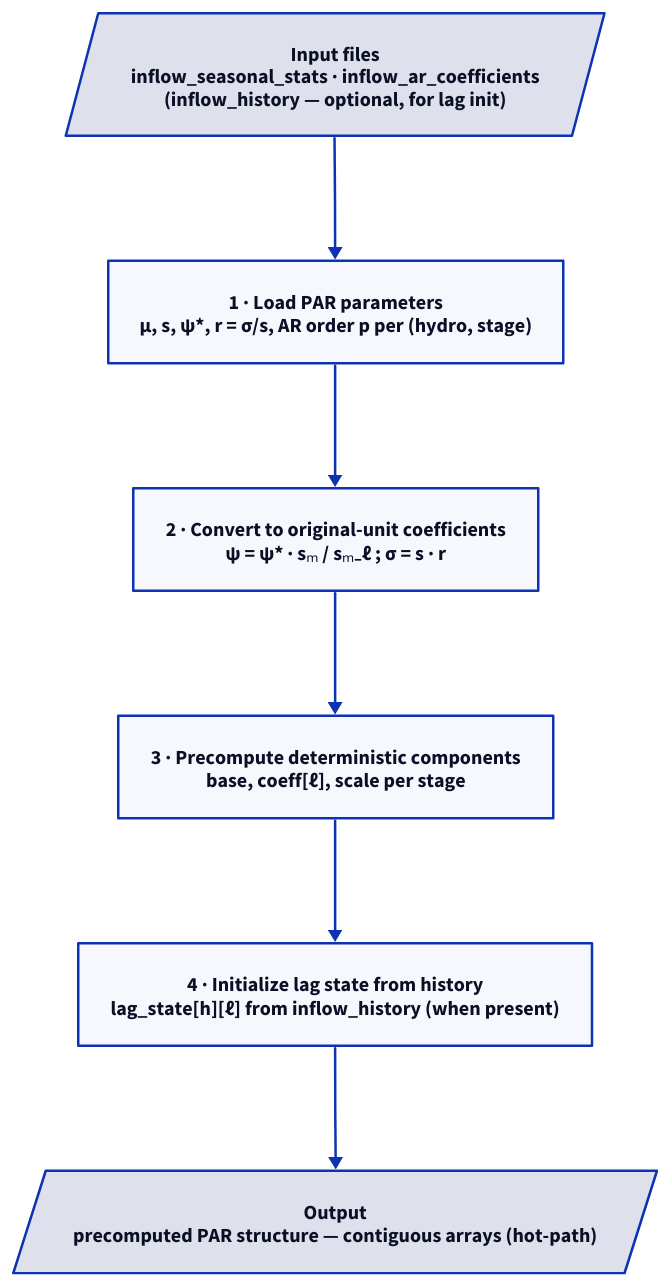
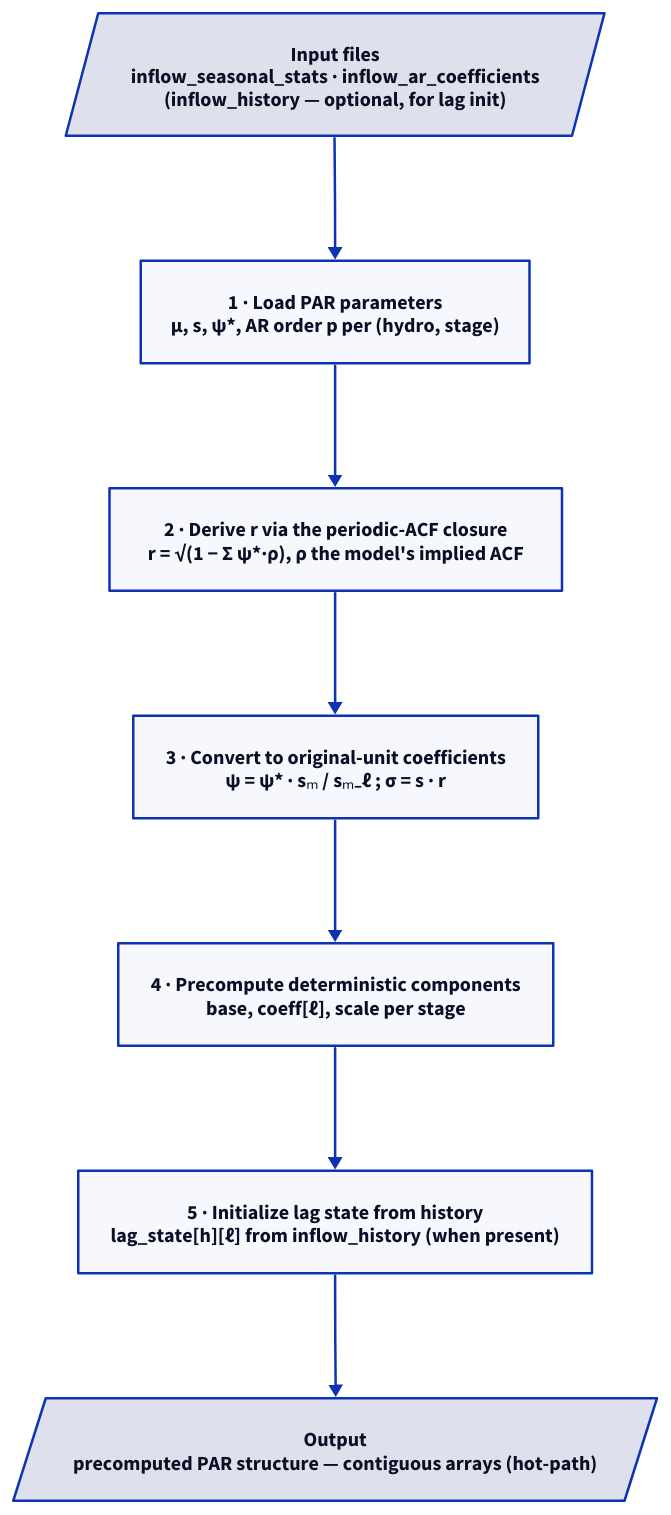
One commit to cobre-rs/cobre-docs changed the first of 3 diagrams in src/content/docs/math/scenario-generation.md. Above: the diagram before and after it, drawn with D2. The commit also changed other lines of this file and 4 other files, not shown here.

````diff
--- a/src/content/docs/math/scenario-generation.md
+++ b/src/content/docs/math/scenario-generation.md
@@ -48,12 +50,13 @@
 ```d2
 direction: down
 
 input: "Input files\ninflow_seasonal_stats · inflow_ar_coefficients\n(inflow_history — optional, for lag init)" {shape: parallelogram}
-s1: "1 · Load PAR parameters\nμ, s, ψ*, r = σ/s, AR order p  per (hydro, stage)"
-s2: "2 · Convert to original-unit coefficients\nψ = ψ* · sₘ / sₘ₋ℓ ;   σ = s · r"
-s3: "3 · Precompute deterministic components\nbase, coeff[ℓ], scale  per stage"
-s4: "4 · Initialize lag state from history\nlag_state[h][ℓ]  from inflow_history (when present)"
+s1: "1 · Load PAR parameters\nμ, s, ψ*, AR order p  per (hydro, stage)"
+s2: "2 · Derive r via the periodic-ACF closure\nr = √(1 − Σ ψ*·ρ), ρ the model's implied ACF"
+s3: "3 · Convert to original-unit coefficients\nψ = ψ* · sₘ / sₘ₋ℓ ;   σ = s · r"
+s4: "4 · Precompute deterministic components\nbase, coeff[ℓ], scale  per stage"
+s5: "5 · Initialize lag state from history\nlag_state[h][ℓ]  from inflow_history (when present)"
 output: "Output\nprecomputed PAR structure — contiguous arrays (hot-path)" {shape: parallelogram}
 
-input -> s1 -> s2 -> s3 -> s4 -> output
+input -> s1 -> s2 -> s3 -> s4 -> s5 -> output
 ```
````
